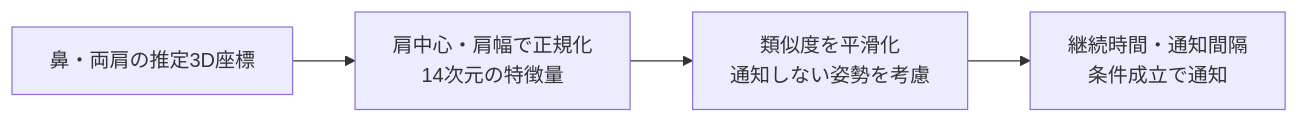
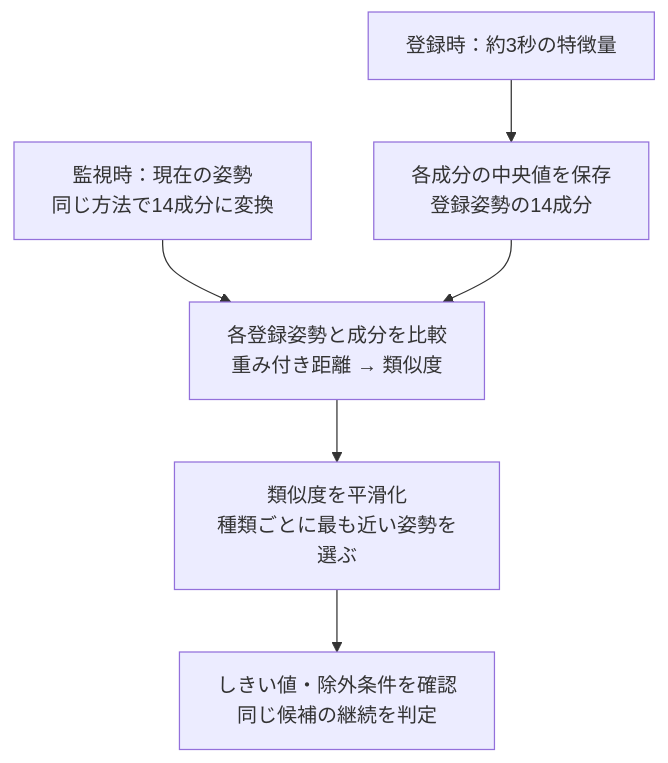
Before and after one commit to Yuubinkyokutyou/pose-care: the second of 3 diagrams in docs/README.md, drawn with Mermaid. The commit also changed other lines of this file, not shown here.

````diff
--- a/docs/README.md
+++ b/docs/README.md
@@ -56,6 +62,8 @@
 ```mermaid
-flowchart LR
-    points["鼻・両肩の推定3D座標"] --> feature["肩中心・肩幅で正規化<br/>14次元の特徴量"]
-    feature --> match["類似度を平滑化<br/>通知しない姿勢を考慮"]
-    match --> alert["継続時間・通知間隔<br/>条件成立で通知"]
+flowchart TB
+    registration["登録時：約3秒の特徴量"] --> saved["各成分の中央値を保存<br/>登録姿勢の14成分"]
+    current["監視時：現在の姿勢<br/>同じ方法で14成分に変換"] --> compare["各登録姿勢と成分を比較<br/>重み付き距離 → 類似度"]
+    saved --> compare
+    compare --> smooth["類似度を平滑化<br/>種類ごとに最も近い姿勢を選ぶ"]
+    smooth --> decision["しきい値・除外条件を確認<br/>同じ候補の継続を判定"]
 ```
````
